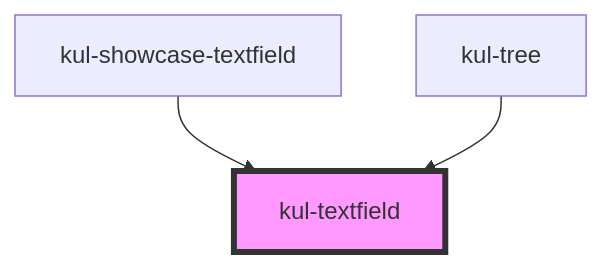
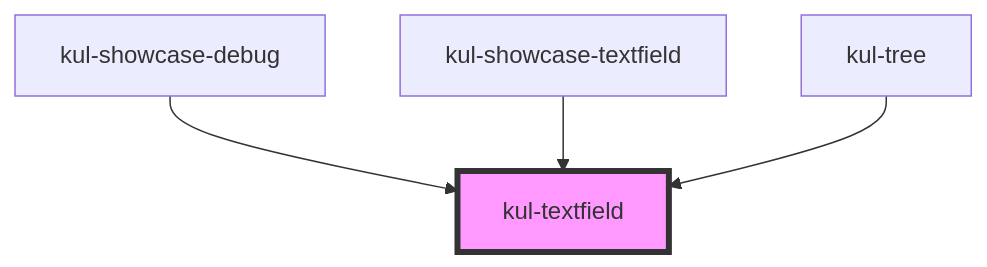
The diagram in packages/ketchup-lite/src/components/kul-textfield/readme.md (smeup/ketchup), drawn with Mermaid before and after one commit. The commit also changed other lines of this file and 5 other files, not shown here.

````diff
--- a/packages/ketchup-lite/src/components/kul-textfield/readme.md
+++ b/packages/ketchup-lite/src/components/kul-textfield/readme.md
@@ -125,6 +126,7 @@
 ```mermaid
 graph TD;
+  kul-showcase-debug --> kul-textfield
   kul-showcase-textfield --> kul-textfield
   kul-tree --> kul-textfield
   style kul-textfield fill:#f9f,stroke:#333,stroke-width:4px
 ```
````
